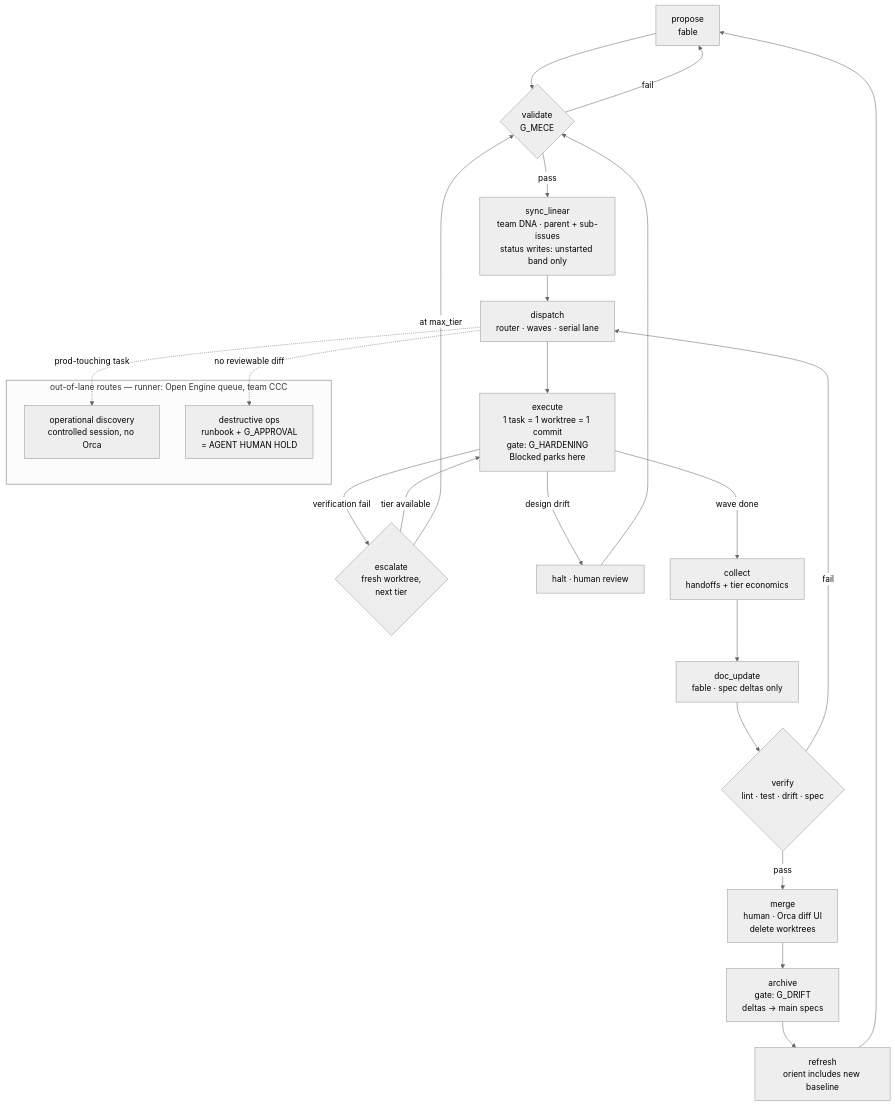
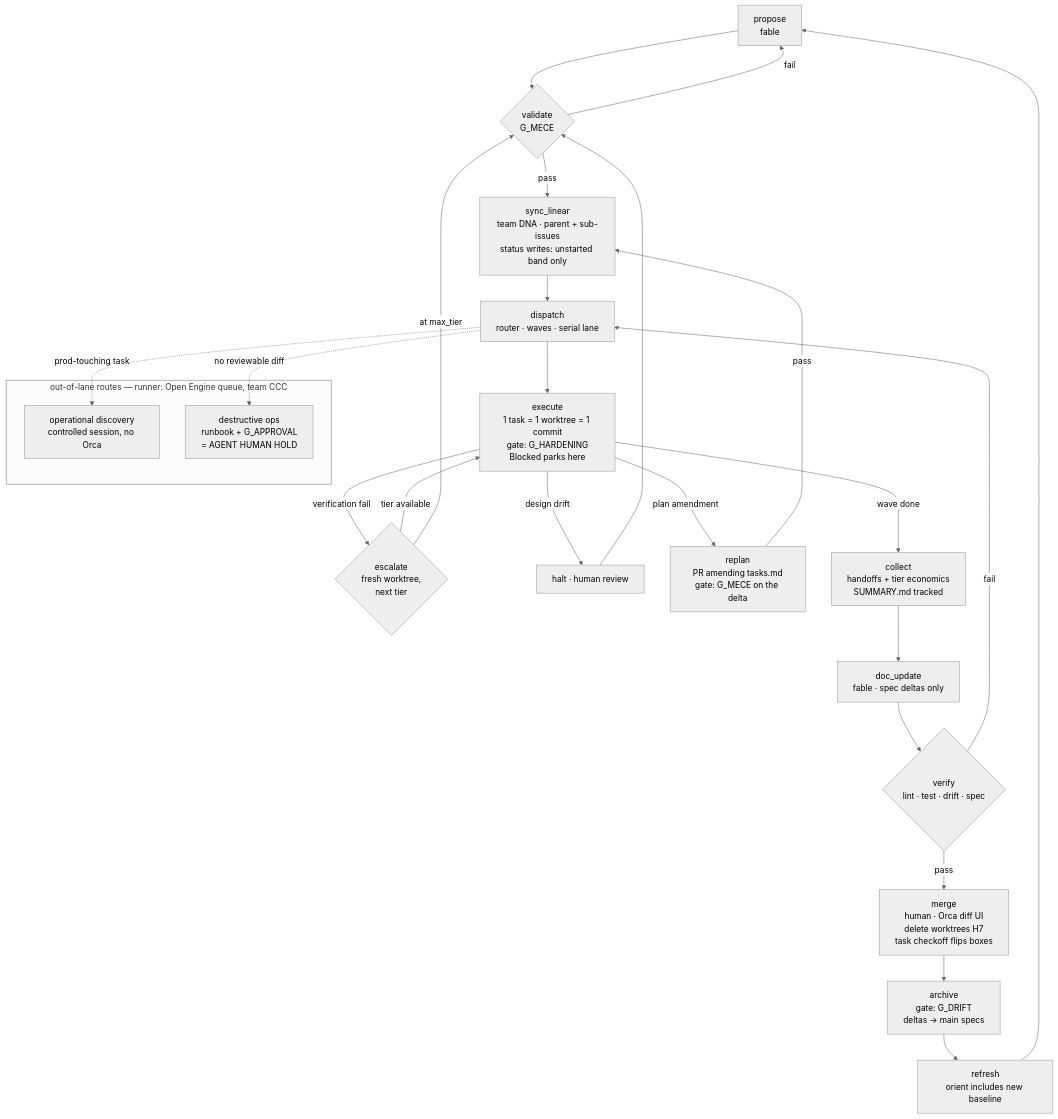
Before and after one commit to robford-brookai/pulse: the diagram in WORKFLOW.md, drawn with Mermaid (neutral theme). The commit also changed other lines of this file and 8 other files, not shown here.

First line of the commit message:
feat(workflow): v2.1.0 — replan step, tracked state resolution, checkoff and id write-back contracts (1.1)

````diff
--- a/WORKFLOW.md
+++ b/WORKFLOW.md
@@ -275,27 +325,29 @@
 ```mermaid
 flowchart TB
   P[propose<br/>fable] --> V{validate<br/>G_MECE}
   V -- fail --> P
   V -- pass --> SL[sync_linear<br/>team DNA · parent + sub-issues<br/>status writes: unstarted band only]
   SL --> D[dispatch<br/>router · waves · serial lane]
   D --> E[execute<br/>1 task = 1 worktree = 1 commit<br/>gate: G_HARDENING<br/>Blocked parks here]
   E -- verification fail --> ESC{escalate<br/>fresh worktree,<br/>next tier}
   ESC -- tier available --> E
   ESC -- at max_tier --> V
   E -- design drift --> HALT[halt · human review]
   HALT --> V
-  E -- wave done --> C[collect<br/>handoffs + tier economics]
+  E -- plan amendment --> RP[replan<br/>PR amending tasks.md<br/>gate: G_MECE on the delta]
+  RP -- pass --> SL
+  E -- wave done --> C[collect<br/>handoffs + tier economics<br/>SUMMARY.md tracked]
   C --> DU[doc_update<br/>fable · spec deltas only]
   DU --> VER{verify<br/>lint · test · drift · spec}
   VER -- fail --> D
-  VER -- pass --> M[merge<br/>human · Orca diff UI<br/>delete worktrees]
+  VER -- pass --> M[merge<br/>human · Orca diff UI<br/>delete worktrees H7<br/>task checkoff flips boxes]
   M --> A[archive<br/>gate: G_DRIFT<br/>deltas → main specs]
   A --> R[refresh<br/>orient includes new baseline]
   R --> P
   subgraph LANES[out-of-lane routes — runner: Open Engine queue, team CCC]
     OD[operational discovery<br/>controlled session, no Orca]
     DO[destructive ops<br/>runbook + G_APPROVAL<br/>= AGENT HUMAN HOLD]
   end
   D -. prod-touching task .-> OD
   D -. no reviewable diff .-> DO
 ```
````
